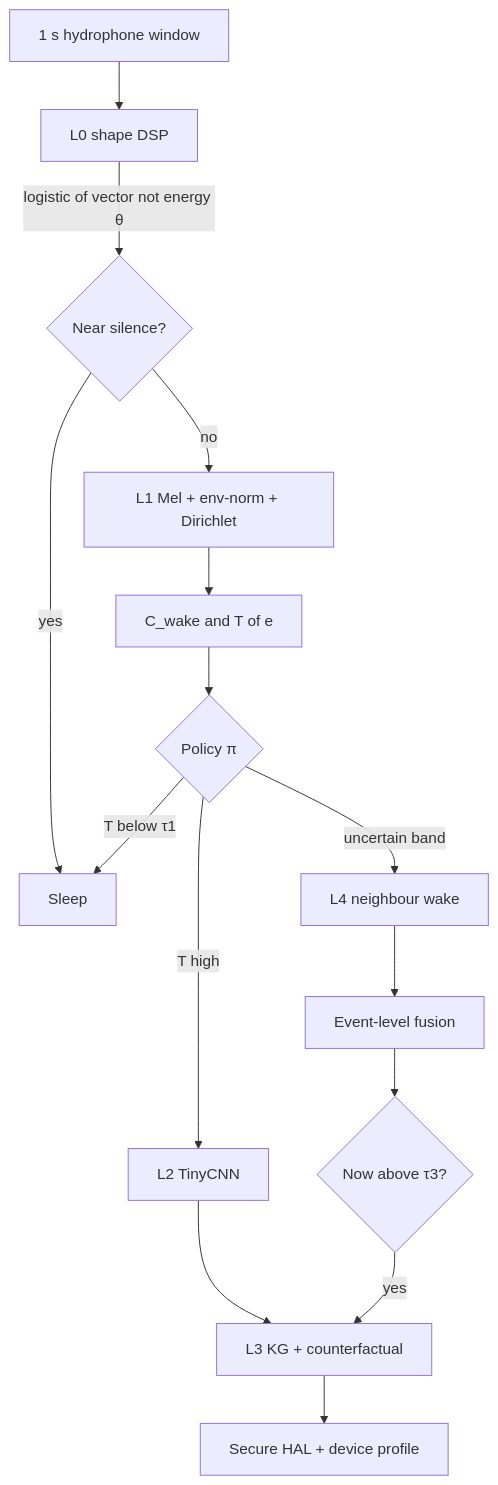
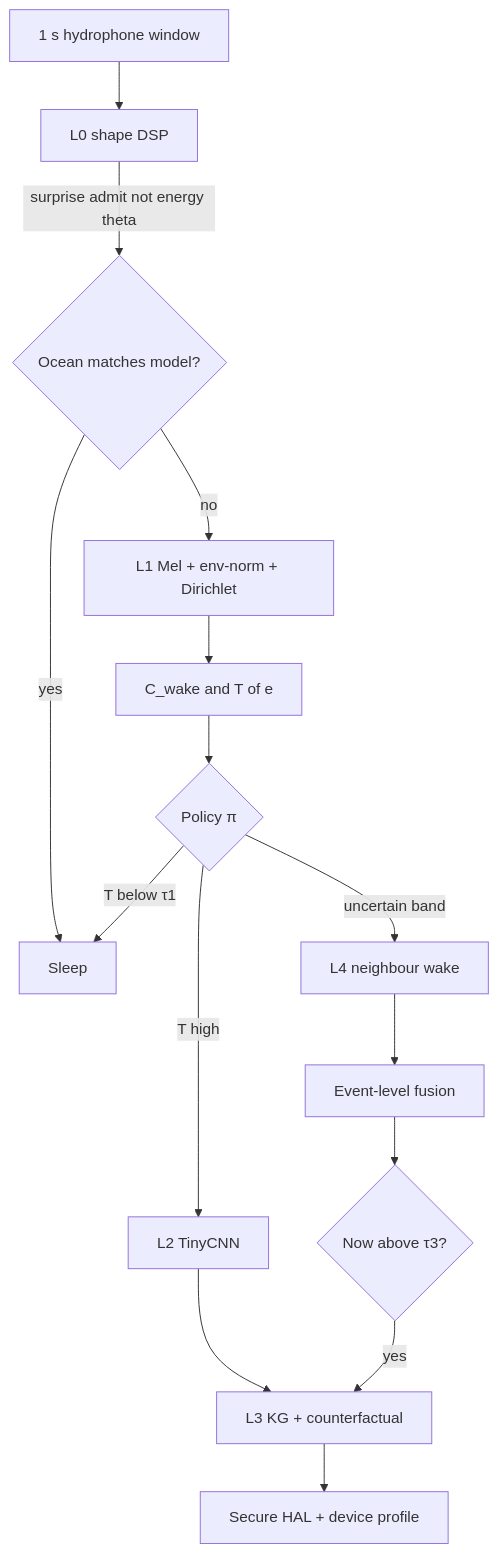
One commit to RhutvikH/underwater-acoustic-event-reasoning-engine changed the third of 5 diagrams in docs/DIAGRAMS.md. Above: the diagram before and after it, drawn with Mermaid. The commit also changed 47 other files, not shown here.

````diff
--- a/docs/DIAGRAMS.md
+++ b/docs/DIAGRAMS.md
@@ -72,17 +72,17 @@
 ```mermaid
 flowchart TD
     X[1 s hydrophone window] --> L0[L0 shape DSP]
-    L0 -->|logistic of vector not energy θ| Q{Near silence?}
+    L0 -->|surprise admit not energy theta| Q{Ocean matches model?}
     Q -->|yes| S[Sleep]
     Q -->|no| L1[L1 Mel + env-norm + Dirichlet]
     L1 --> C[C_wake and T of e]
     C --> P{Policy π}
     P -->|T below τ1| S
     P -->|uncertain band| L4[L4 neighbour wake]
     L4 --> Fuse[Event-level fusion]
     Fuse --> P2{Now above τ3?}
     P -->|T high| L2[L2 TinyCNN]
     L2 --> L3[L3 KG + counterfactual]
     P2 -->|yes| L3
     L3 --> HAL[Secure HAL + device profile]
 ```
````
